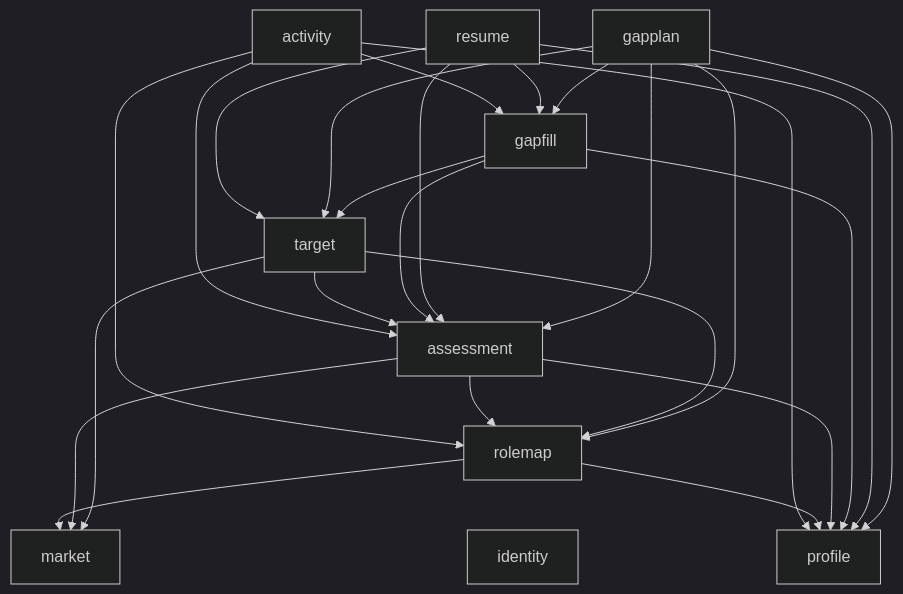
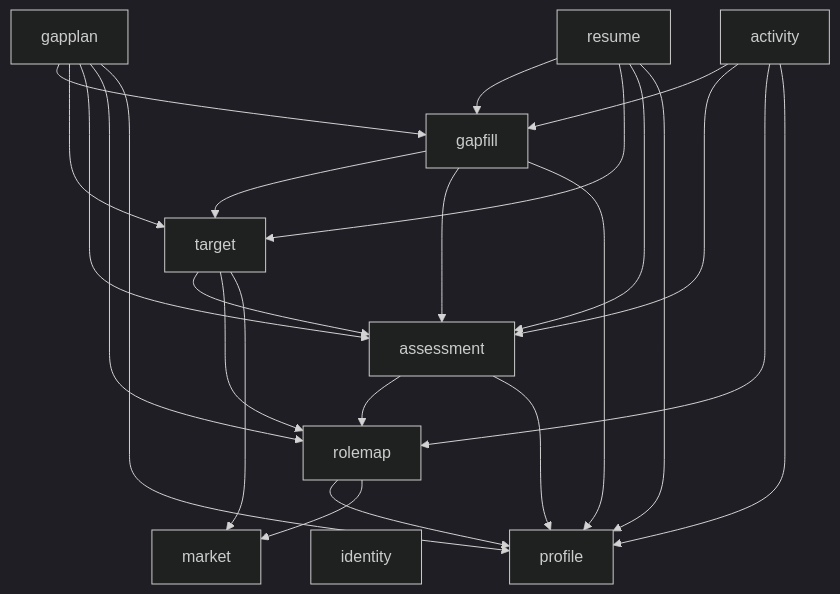
Before and after one commit to ycc789741ycc/career-polaris: the third of 4 diagrams in docs/architecture.md, drawn with Mermaid (dark theme). The commit also changed other lines of this file and 69 other files, not shown here.

````diff
--- a/docs/architecture.md
+++ b/docs/architecture.md
@@ -147,29 +147,28 @@
 ```mermaid
 flowchart TB
   GP[gapplan] --> GF[gapfill]
   RS[resume] --> GF
   GF --> T[target]
   GP --> T
   RS --> T
   GP --> AS[assessment]
   RS --> AS
   GP --> RM[rolemap]
   GP --> PR[profile]
   RS --> PR
   GF --> AS
   GF --> PR
   T --> AS
   T --> RM
   T --> MK[market]
   AS --> RM
   AS --> PR
-  AS --> MK
   RM --> PR
   RM --> MK
   AC[activity] --> GF
   AC --> AS
   AC --> RM
   AC --> PR
   ID[identity]
   RM ~~~ ID
 ```
````
